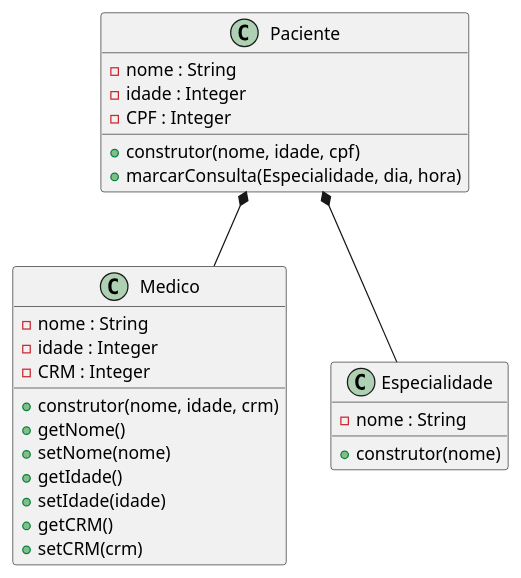
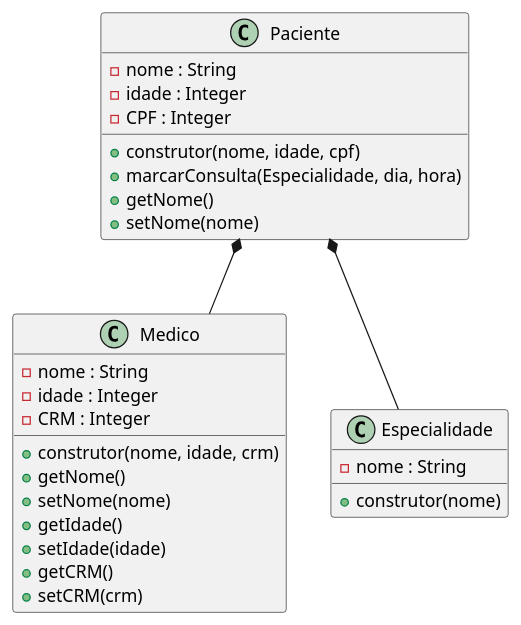
The diagram in diagrama.plantuml (anleaes/2022-1-N2-POO-03), drawn with PlantUML before and after one commit.

Commit message:
colocado getNome e setNome na classe paciente

```diff
--- a/diagrama.plantuml
+++ b/diagrama.plantuml
@@ -1,32 +1,34 @@
 @startuml Gerenciamento de Exames Medicos
 
     class Paciente{
         - nome : String
         - idade : Integer
         - CPF : Integer
         + construtor(nome, idade, cpf)
         + marcarConsulta(Especialidade, dia, hora)
+        + getNome()
+        + setNome(nome)
     }
 
     class Medico{
         - nome : String
         - idade : Integer
         - CRM : Integer
         + construtor(nome, idade, crm)
         + getNome()
         + setNome(nome)
         + getIdade()
         + setIdade(idade)
         + getCRM()
         + setCRM(crm)
     }
 
     class Especialidade{
         - nome : String
         + construtor(nome)
     }
 
     Paciente *-- Medico
     Paciente *-- Especialidade
 
 @enduml
```
